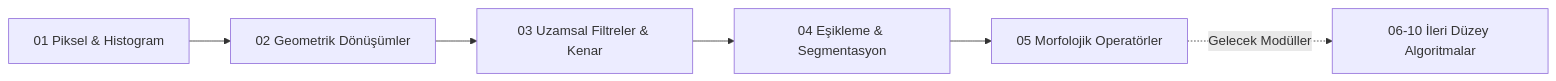
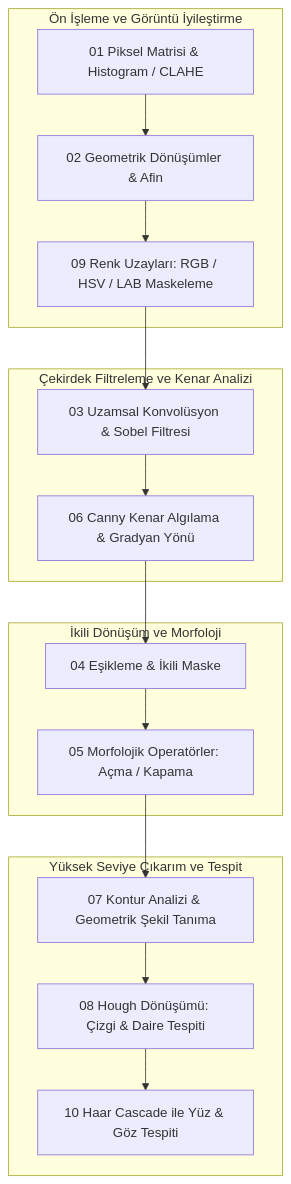
Before and after one commit to SuleymanToklu/image-processing: the diagram in README.md, drawn with Mermaid. The commit also changed other lines of this file, not shown here.

Commit message:
docs: update master pipeline mermaid diagram with all 10 modules

````diff
--- a/README.md
+++ b/README.md
@@ -15,8 +15,20 @@
 ```mermaid
-graph LR
-    A[01 Piksel & Histogram] --> B[02 Geometrik Dönüşümler]
-    B --> C[03 Uzamsal Filtreler & Kenar]
-    C --> D[04 Eşikleme & Segmentasyon]
-    D --> E[05 Morfolojik Operatörler]
-    E -. Gelecek Modüller .-> F[06-10 İleri Düzey Algoritmalar]
+graph TD
+    subgraph Ön İşleme ve Görüntü İyileştirme
+        A[01 Piksel Matrisi & Histogram / CLAHE] --> B[02 Geometrik Dönüşümler & Afin]
+        B --> C[09 Renk Uzayları: RGB / HSV / LAB Maskeleme]
+    end
+    subgraph Çekirdek Filtreleme ve Kenar Analizi
+        C --> D[03 Uzamsal Konvolüsyon & Sobel Filtresi]
+        D --> E[06 Canny Kenar Algılama & Gradyan Yönü]
+    end
+    subgraph İkili Dönüşüm ve Morfoloji
+        E --> F[04 Eşikleme & İkili Maske]
+        F --> G[05 Morfolojik Operatörler: Açma / Kapama]
+    end
+    subgraph Yüksek Seviye Çıkarım ve Tespit
+        G --> H[07 Kontur Analizi & Geometrik Şekil Tanıma]
+        H --> I[08 Hough Dönüşümü: Çizgi & Daire Tespiti]
+        I --> J[10 Haar Cascade ile Yüz & Göz Tespiti]
+    end
 ```
````
